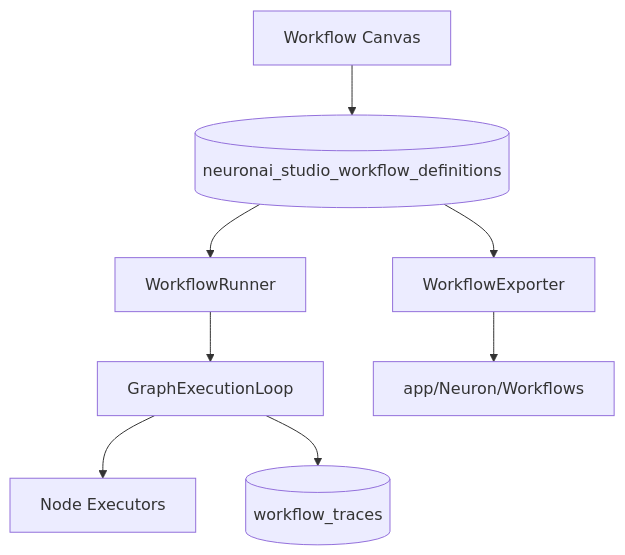
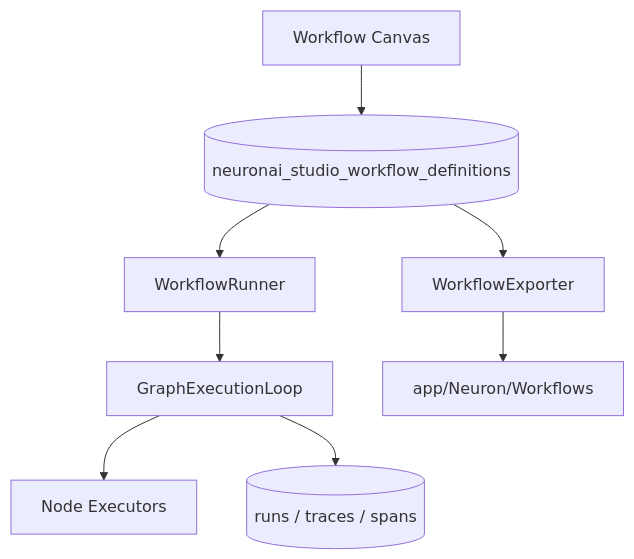
The first of 3 diagrams in docs/guides/workflows/overview.md (digitalelvis/neuronai-studio), drawn with Mermaid before and after one commit. The commit also changed other lines of this file and 6 other files, not shown here.

````diff
--- a/docs/guides/workflows/overview.md
+++ b/docs/guides/workflows/overview.md
@@ -15,10 +15,10 @@
 ```mermaid
 flowchart TB
     Editor[Workflow Canvas] --> DB[(neuronai_studio_workflow_definitions)]
     DB --> Runner[WorkflowRunner]
     Runner --> Loop[GraphExecutionLoop]
     Loop --> Executors[Node Executors]
-    Loop --> Trace[(workflow_traces)]
+    Loop --> Trace[(runs / traces / spans)]
     DB --> Export[WorkflowExporter]
     Export --> PHP[app/Neuron/Workflows]
 ```
````
